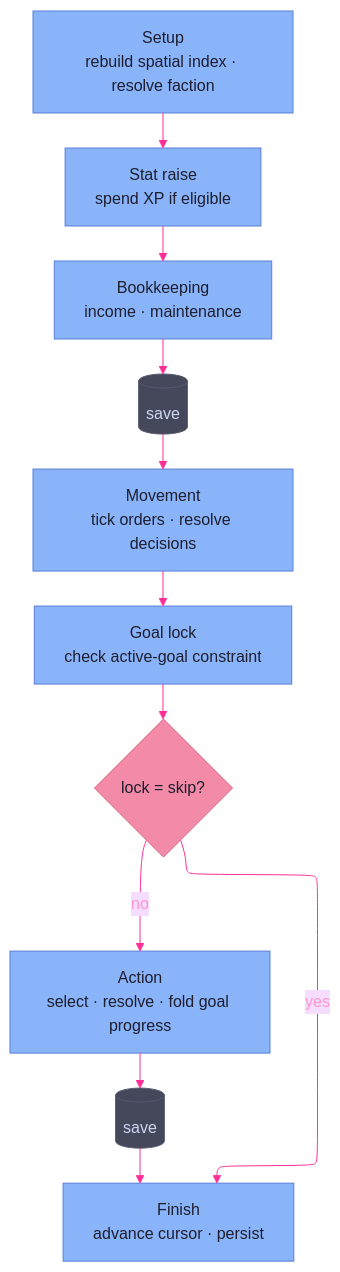
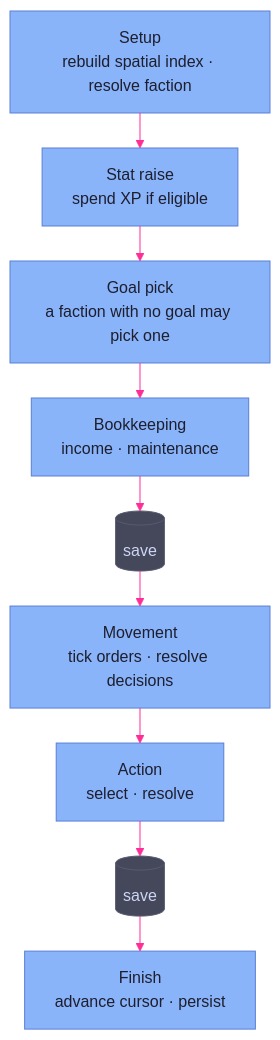
The diagram in docs/architecture/engine/overview.md (therobertcrocker/gm-toolkit), drawn with Mermaid before and after one commit. The commit also changed other lines of this file and 17 other files, not shown here.

````diff
--- a/docs/architecture/engine/overview.md
+++ b/docs/architecture/engine/overview.md
@@ -71,29 +70,25 @@
 ```mermaid
 ---
 config:
   layout: elk
   theme: base
   themeVariables:
     primaryTextColor: '#ff95ca'
     lineColor: '#ff2e97'
 ---
 flowchart TD
   Setup["Setup<br>rebuild spatial index · resolve faction"]:::process
   StatRaise["Stat raise<br>spend XP if eligible"]:::process
+  GoalPick["Goal pick<br>a faction with no goal may pick one"]:::process
   Bookkeeping["Bookkeeping<br>income · maintenance"]:::process
   SaveBook[("save")]:::muted
   Movement["Movement<br>tick orders · resolve decisions"]:::process
-  GoalLock["Goal lock<br>check active-goal constraint"]:::process
-  Skip{"lock = skip?"}:::decision
-  Action["Action<br>select · resolve · fold goal progress"]:::process
+  Action["Action<br>select · resolve"]:::process
   SaveAction[("save")]:::muted
   Finish["Finish<br>advance cursor · persist"]:::process
 
-  Setup --> StatRaise --> Bookkeeping --> SaveBook --> Movement --> GoalLock --> Skip
-  Skip -- yes --> Finish
-  Skip -- no --> Action --> SaveAction --> Finish
+  Setup --> StatRaise --> GoalPick --> Bookkeeping --> SaveBook --> Movement --> Action --> SaveAction --> Finish
 
   classDef process  fill:#89b4fa,stroke:#5a7fd6,color:#1e1e2e
-  classDef decision fill:#f38ba8,stroke:#d6607f,color:#1e1e2e
   classDef muted    fill:#45475a,stroke:#585b70,color:#cdd6f4
 ```
````
